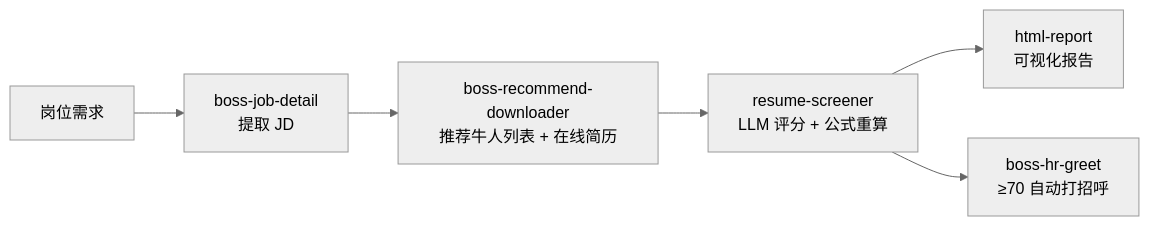
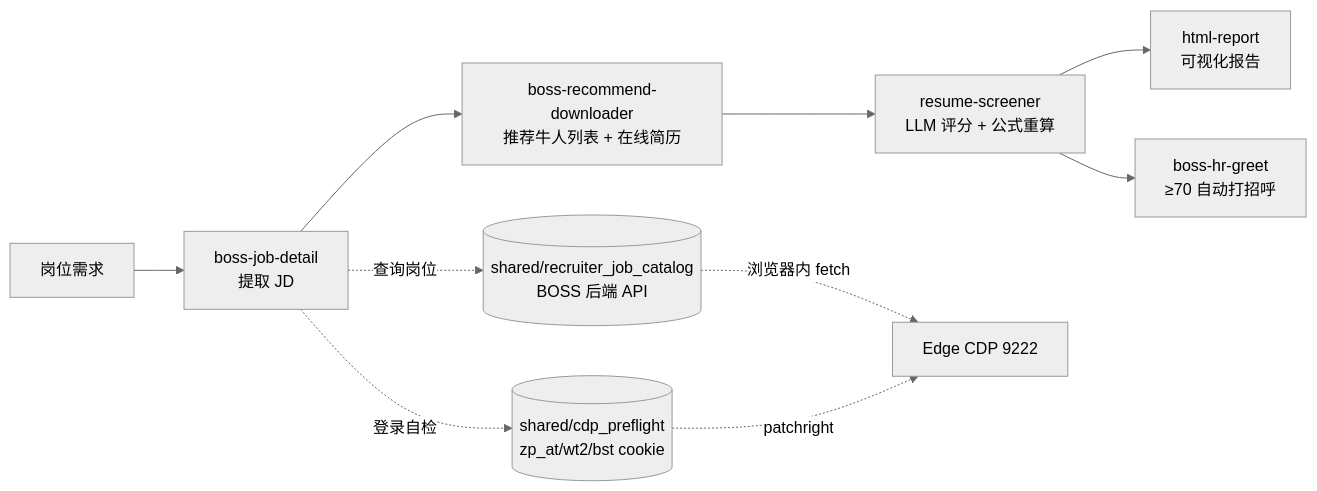
One commit to yuhongwei380/boss-hr-agent-toolkit changed the diagram in README.md. Above: the diagram before and after it, drawn with Mermaid (neutral theme). The commit also changed other lines of this file and 40 other files, not shown here.

````diff
--- a/README.md
+++ b/README.md
@@ -74,8 +77,12 @@
 ```mermaid
 flowchart LR
     A[岗位需求] --> B[boss-job-detail<br/>提取 JD]
     B --> C[boss-recommend-downloader<br/>推荐牛人列表 + 在线简历]
     C --> D[resume-screener<br/>LLM 评分 + 公式重算]
     D --> E[html-report<br/>可视化报告]
     D --> F[boss-hr-greet<br/>≥70 自动打招呼]
+    B -.->|查询岗位| G[(shared/recruiter_job_catalog<br/>BOSS 后端 API)]
+    B -.->|登录自检| H[(shared/cdp_preflight<br/>zp_at/wt2/bst cookie)]
+    G -.->|浏览器内 fetch| I[Edge CDP 9222]
+    H -.->|patchright| I
 ```
````
